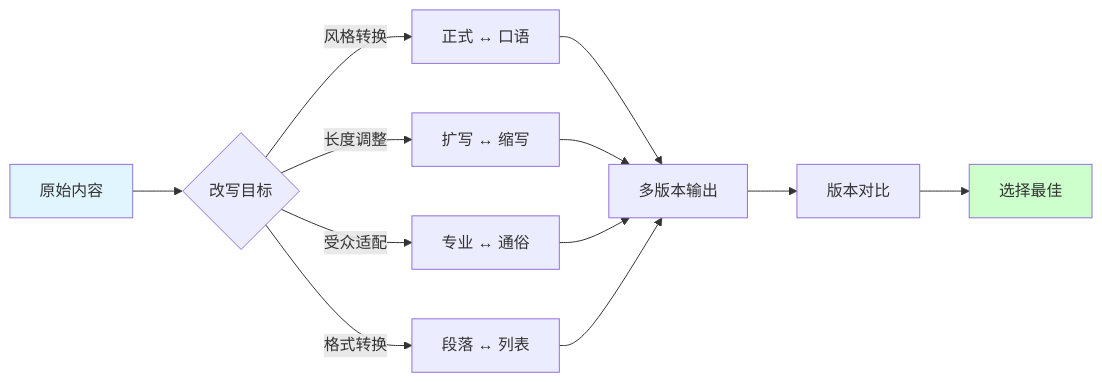
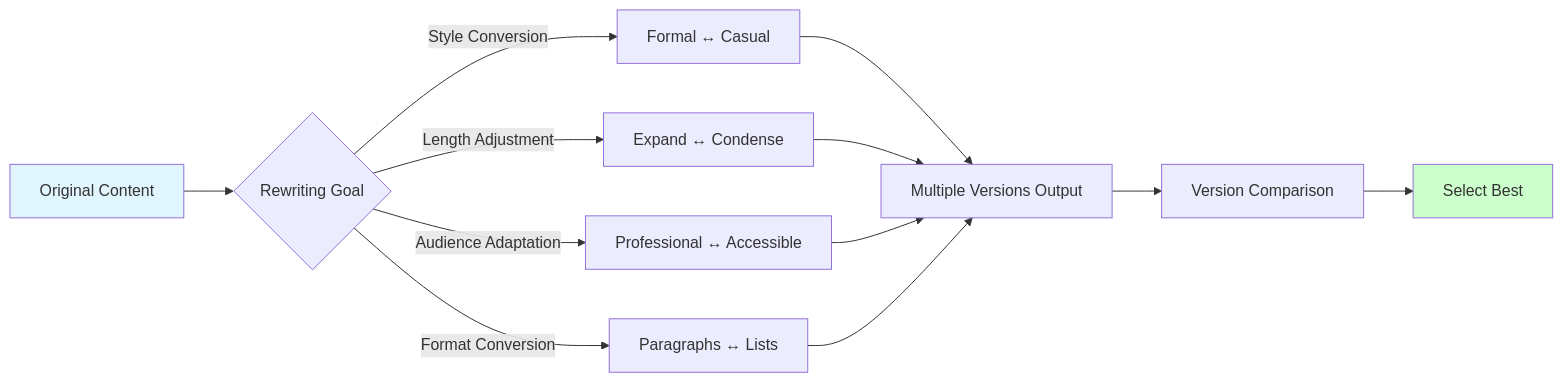
Before and after one commit to tianhongTina/ai-literacy-bootcamp: the third of 3 diagrams in docs/lessons/lesson-2.md, drawn with Mermaid. The commit also changed other lines of this file and 18 other files, not shown here.

````diff
--- a/docs/lessons/lesson-2.md
+++ b/docs/lessons/lesson-2.md
@@ -176,20 +176,20 @@
 ```mermaid
 graph LR
-    A[原始内容] --> B{改写目标}
+    A[Original Content] --> B{Rewriting Goal}
     
-    B -->|风格转换| C[正式 ↔ 口语]
-    B -->|长度调整| D[扩写 ↔ 缩写]
-    B -->|受众适配| E[专业 ↔ 通俗]
-    B -->|格式转换| F[段落 ↔ 列表]
+    B -->|Style Conversion| C[Formal ↔ Casual]
+    B -->|Length Adjustment| D[Expand ↔ Condense]
+    B -->|Audience Adaptation| E[Professional ↔ Accessible]
+    B -->|Format Conversion| F[Paragraphs ↔ Lists]
     
-    C --> G[多版本输出]
+    C --> G[Multiple Versions Output]
     D --> G
     E --> G
     F --> G
     
-    G --> H[版本对比]
-    H --> I[选择最佳]
+    G --> H[Version Comparison]
+    H --> I[Select Best]
     
     style A fill:#e1f5ff
     style I fill:#ccffcc
 ```
````
